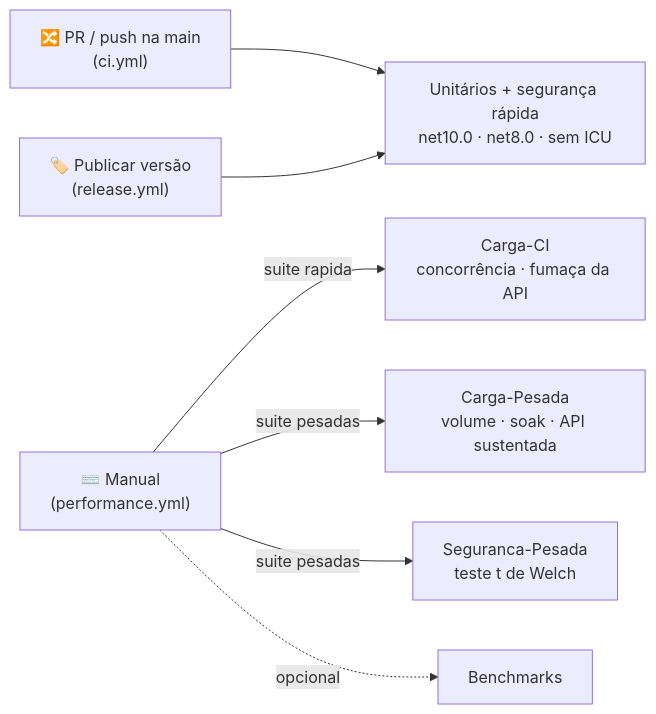
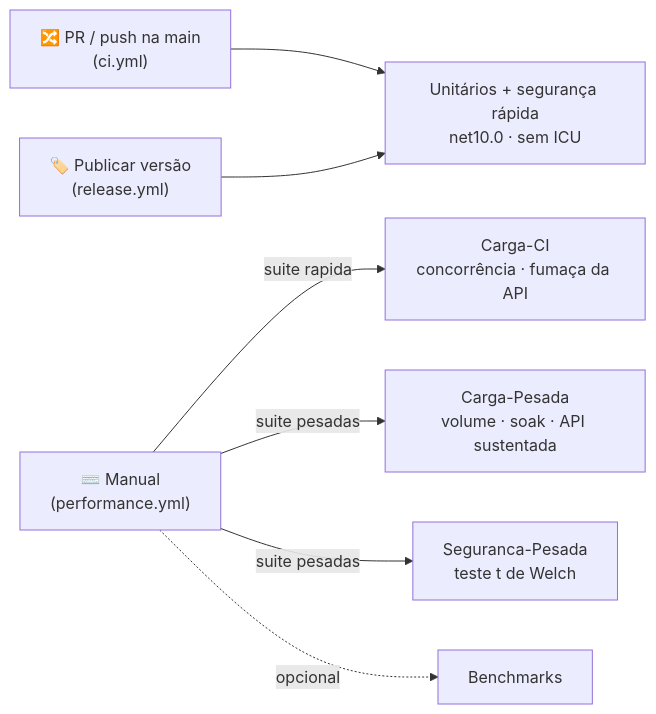
One commit to tudoemcodigo/lib-tec-core changed the diagram in docs/testes.md. Above: the diagram before and after it, drawn with Mermaid. The commit also changed other lines of this file and 71 other files, not shown here.

````diff
--- a/docs/testes.md
+++ b/docs/testes.md
@@ -47,9 +47,9 @@
 ```mermaid
 flowchart LR
-    PR["🔀 PR / push na main<br/>(ci.yml)"] --> U["Unitários + segurança rápida<br/>net10.0 · net8.0 · sem ICU"]
+    PR["🔀 PR / push na main<br/>(ci.yml)"] --> U["Unitários + segurança rápida<br/>net10.0 · sem ICU"]
     REL["🏷️ Publicar versão<br/>(release.yml)"] --> U
     PERF["⌨️ Manual<br/>(performance.yml)"] -->|"suite rapida"| C["Carga-CI<br/>concorrência · fumaça da API"]
     PERF -->|"suite pesadas"| CP["Carga-Pesada<br/>volume · soak · API sustentada"]
     PERF -->|"suite pesadas"| SP["Seguranca-Pesada<br/>teste t de Welch"]
     PERF -.->|"opcional"| B["Benchmarks"]
 ```
````
